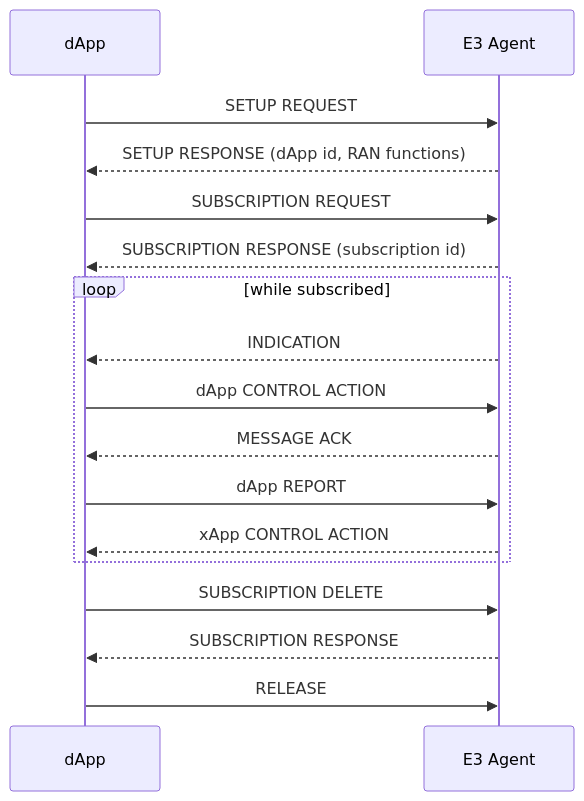
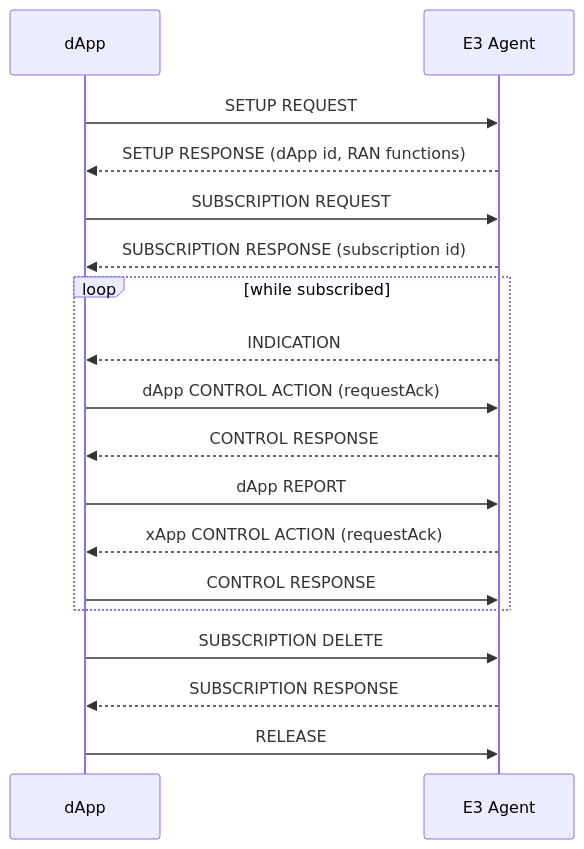
One commit to wineslab/libe3 changed the diagram in docs/e3ap/03-procedure-flow.md. Above: the diagram before and after it, drawn with Mermaid. The commit also changed other lines of this file and 28 other files, not shown here.

First line of the commit message:
docs: say that a control is answered by E3-ControlResponse

````diff
--- a/docs/e3ap/03-procedure-flow.md
+++ b/docs/e3ap/03-procedure-flow.md
@@ -38,19 +38,20 @@
 ```mermaid
 sequenceDiagram
     participant D as dApp
     participant A as E3 Agent
     D->>A: SETUP REQUEST
     A-->>D: SETUP RESPONSE (dApp id, RAN functions)
     D->>A: SUBSCRIPTION REQUEST
     A-->>D: SUBSCRIPTION RESPONSE (subscription id)
     loop while subscribed
         A-->>D: INDICATION
-        D->>A: dApp CONTROL ACTION
-        A-->>D: MESSAGE ACK
+        D->>A: dApp CONTROL ACTION (requestAck)
+        A-->>D: CONTROL RESPONSE
         D->>A: dApp REPORT
-        A-->>D: xApp CONTROL ACTION
+        A-->>D: xApp CONTROL ACTION (requestAck)
+        D->>A: CONTROL RESPONSE
     end
     D->>A: SUBSCRIPTION DELETE
     A-->>D: SUBSCRIPTION RESPONSE
     D->>A: RELEASE
 ```
````
